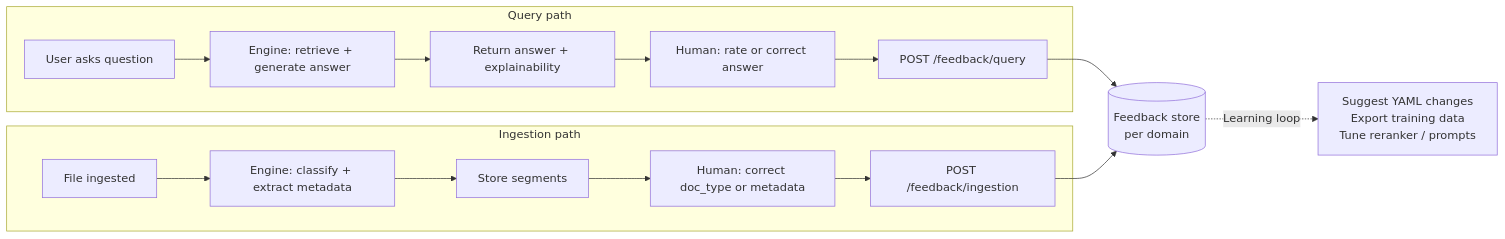
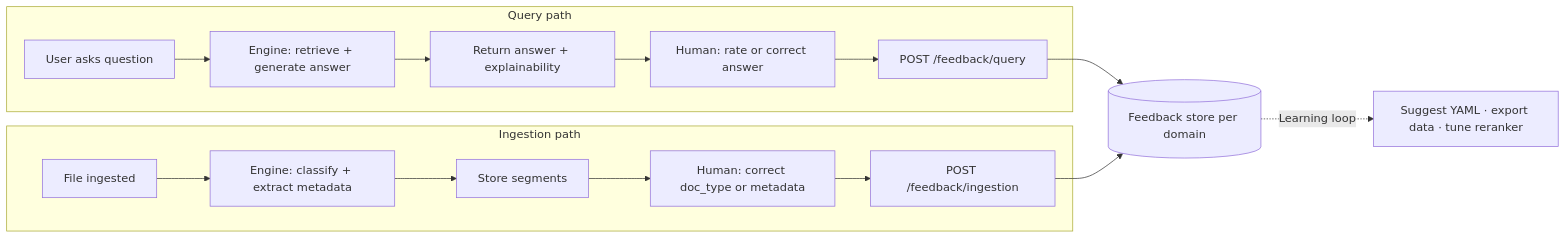
Before and after one commit to josalero/generic-rag-poc: the fifth of 5 diagrams in technical-design.md, drawn with Mermaid. The commit also changed other lines of this file and 2 other files, not shown here.

````diff
--- a/technical-design.md
+++ b/technical-design.md
@@ -811,20 +824,20 @@
 ```mermaid
 flowchart LR
     subgraph QUERY["Query path"]
         Q1["User asks question"] --> Q2["Engine: retrieve + generate answer"]
         Q2 --> Q3["Return answer + explainability"]
         Q3 --> Q4["Human: rate or correct answer"]
         Q4 --> Q5["POST /feedback/query"]
     end
 
     subgraph INGEST["Ingestion path"]
         I1["File ingested"] --> I2["Engine: classify + extract metadata"]
         I2 --> I3["Store segments"]
         I3 --> I4["Human: correct doc_type or metadata"]
         I4 --> I5["POST /feedback/ingestion"]
     end
 
-    Q5 --> STORE[("Feedback store\nper domain")]
+    Q5 --> STORE[("Feedback store per domain")]
     I5 --> STORE
-    STORE -.->|"Learning loop"| LEARN["Suggest YAML changes\nExport training data\nTune reranker / prompts"]
+    STORE -.->|"Learning loop"| LEARN["Suggest YAML · export data · tune reranker"]
 ```
````
